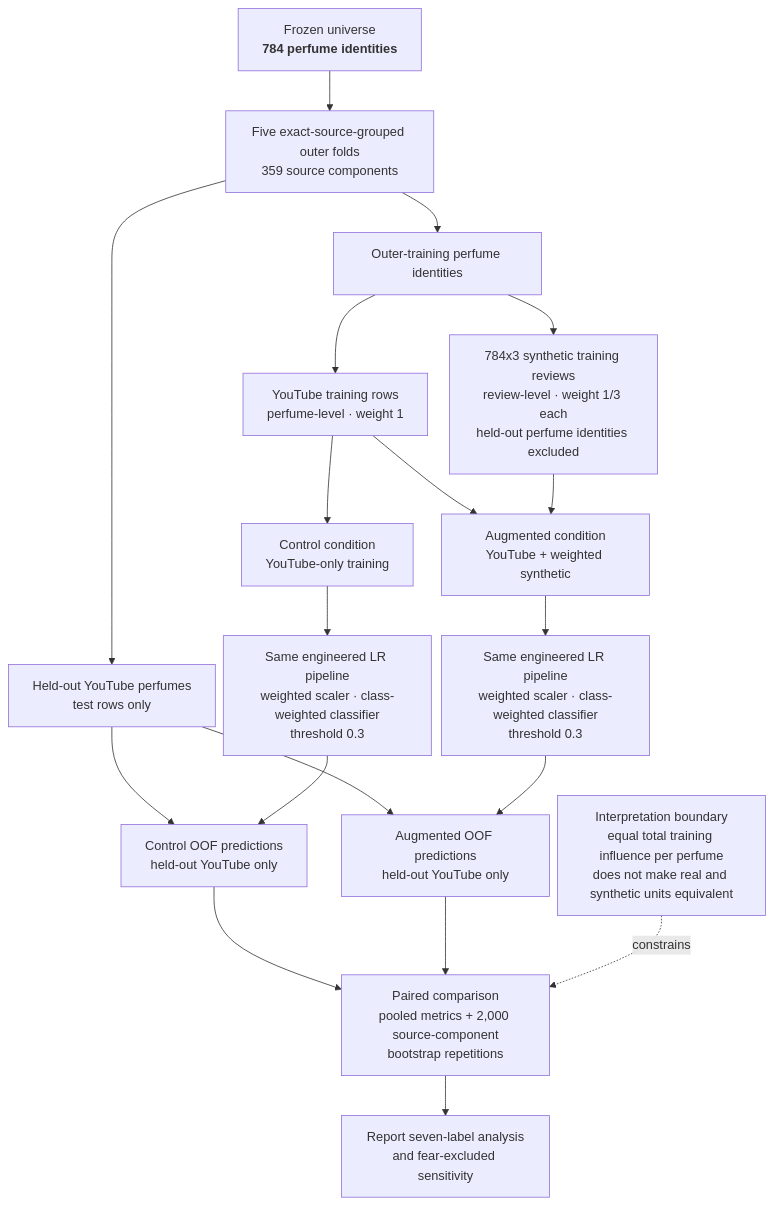
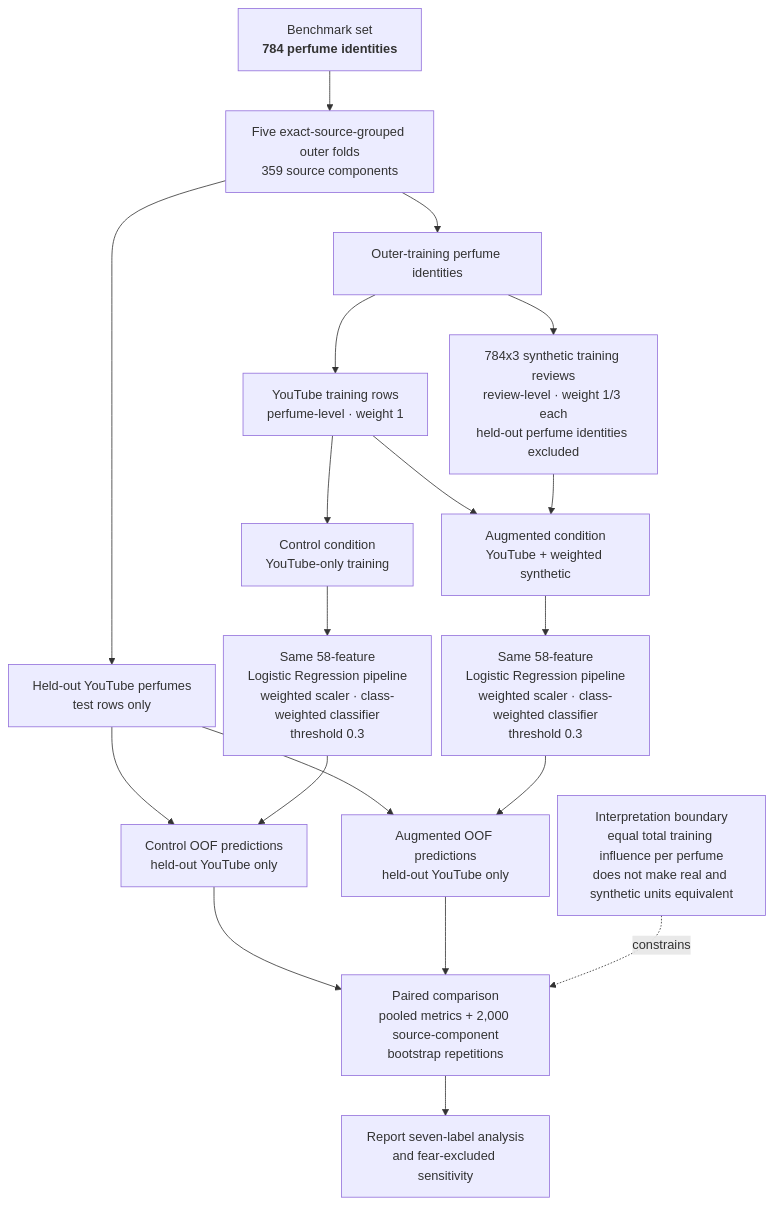
The diagram in docs/thesis/mermaid diagrams/mermaid codes/figure_3_6_synthetic_vs_youtube_experiment_design.mmd (ececanga/Sentiment-Analysis-for-Perfume-Reviews), drawn with Mermaid before and after one commit. The commit also changed 170 other files, not shown here.

```diff
--- a/docs/thesis/mermaid diagrams/mermaid codes/figure_3_6_synthetic_vs_youtube_experiment_design.mmd
+++ b/docs/thesis/mermaid diagrams/mermaid codes/figure_3_6_synthetic_vs_youtube_experiment_design.mmd
@@ -1,34 +1,34 @@
 ---
 config:
   layout: dagre
   flowchart:
     nodeSpacing: 10
     rankSpacing: 50
 ---
 flowchart TD
-    A["Frozen universe<br/><b>784 perfume identities</b>"]
+    A["Benchmark set<br/><b>784 perfume identities</b>"]
     A --> B["Five exact-source-grouped outer folds<br/>359 source components"]
 
     B --> C["Outer-training perfume identities"]
     B --> D["Held-out YouTube perfumes<br/>test rows only"]
 
     C --> E["YouTube training rows<br/>perfume-level · weight 1"]
     C --> F["784x3 synthetic training reviews<br/>review-level · weight 1/3 each<br/>held-out perfume identities excluded"]
 
     E --> G["Control condition<br/>YouTube-only training"]
     E --> H["Augmented condition<br/>YouTube + weighted synthetic"]
     F --> H
 
-    G --> I["Same engineered LR pipeline<br/>weighted scaler · class-weighted classifier<br/>threshold 0.3"]
-    H --> J["Same engineered LR pipeline<br/>weighted scaler · class-weighted classifier<br/>threshold 0.3"]
+    G --> I["Same 58-feature<br/>Logistic Regression pipeline<br/>weighted scaler · class-weighted classifier<br/>threshold 0.3"]
+    H --> J["Same 58-feature<br/>Logistic Regression pipeline<br/>weighted scaler · class-weighted classifier<br/>threshold 0.3"]
 
     D --> K["Control OOF predictions<br/>held-out YouTube only"]
     D --> L["Augmented OOF predictions<br/>held-out YouTube only"]
     I --> K
     J --> L
 
     K --> M["Paired comparison<br/>pooled metrics + 2,000 source-component<br/>bootstrap repetitions"]
     L --> M
     M --> N["Report seven-label analysis<br/>and fear-excluded sensitivity"]
 
     O["Interpretation boundary<br/>equal total training influence per perfume<br/>does not make real and synthetic units equivalent"] -. constrains .-> M
```
